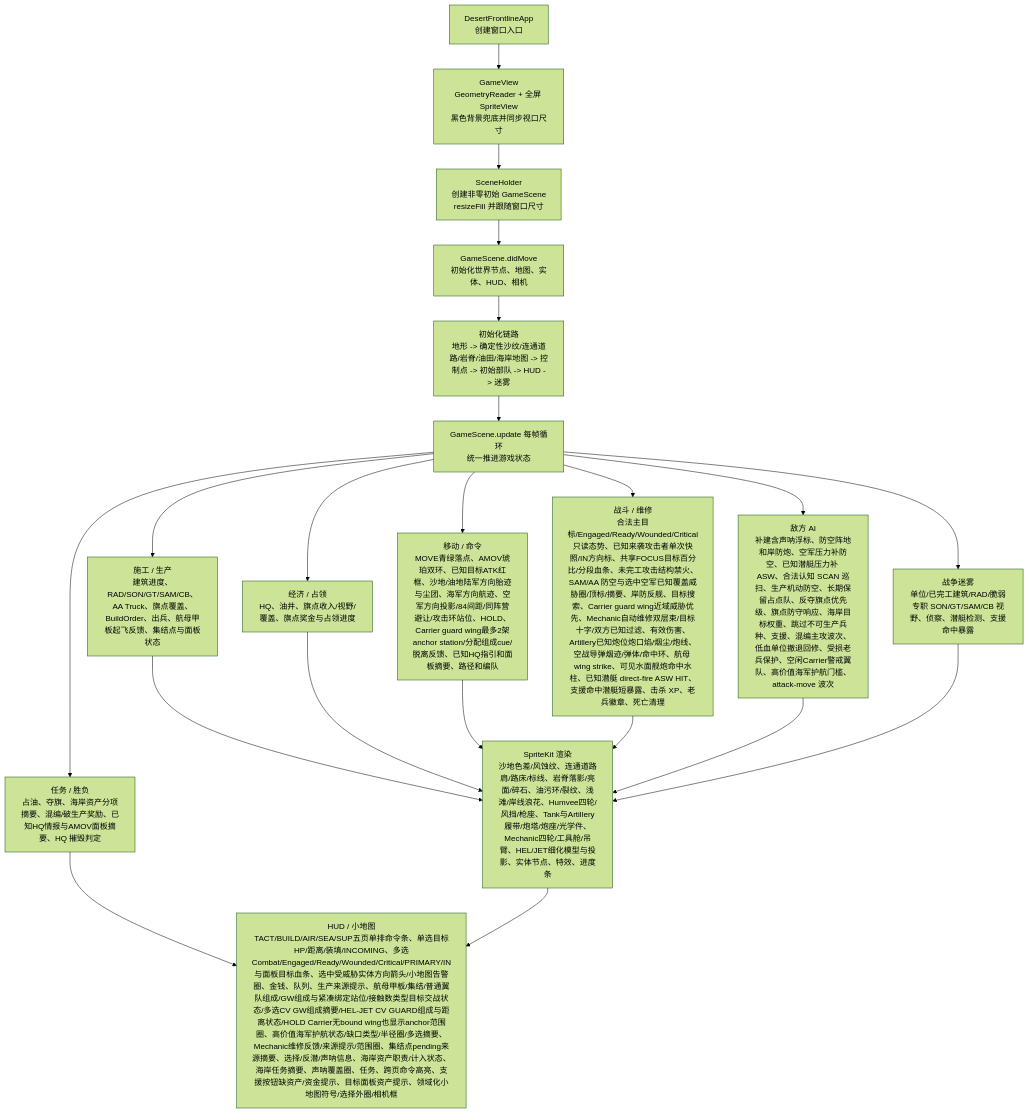
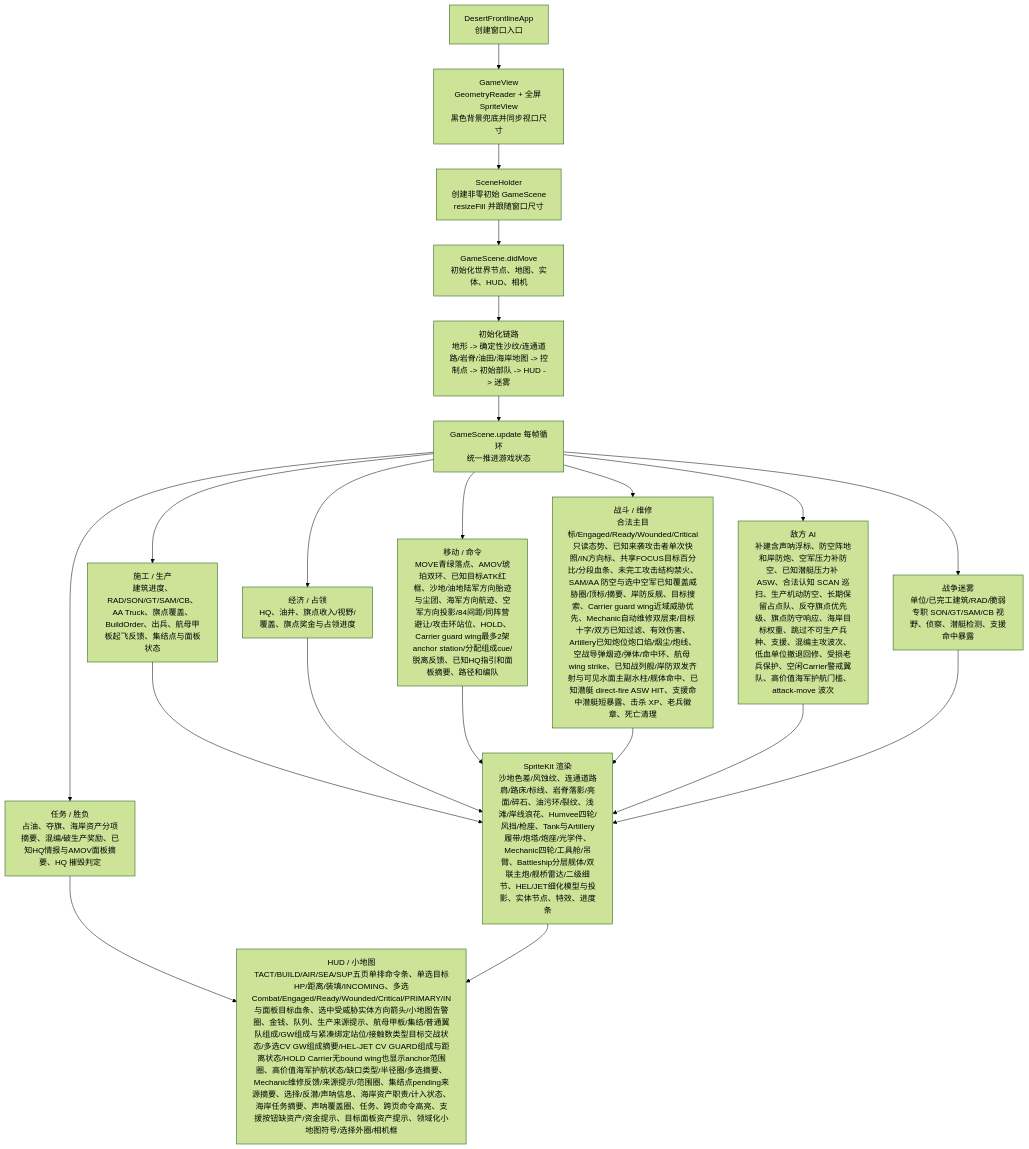
One commit to Altman-sam114/1145 changed the first of 3 diagrams in md/flow/flowchart.md. Above: the diagram before and after it, drawn with Mermaid (forest theme). The commit also changed 6 other files, not shown here.

````diff
--- a/md/flow/flowchart.md
+++ b/md/flow/flowchart.md
@@ -9,23 +9,23 @@
 ```mermaid
 flowchart TD
   App["DesertFrontlineApp\n创建窗口入口"] --> View["GameView\nGeometryReader + 全屏 SpriteView\n黑色背景兜底并同步视口尺寸"]
   View --> Holder["SceneHolder\n创建非零初始 GameScene\nresizeFill 并跟随窗口尺寸"]
   Holder --> Scene["GameScene.didMove\n初始化世界节点、地图、实体、HUD、相机"]
   Scene --> Init["初始化链路\n地形 -> 确定性沙纹/连通道路/岩脊/油田/海岸地图 -> 控制点 -> 初始部队 -> HUD -> 迷雾"]
   Init --> Loop["GameScene.update 每帧循环\n统一推进游戏状态"]
   Loop --> Build["施工 / 生产\n建筑进度、RAD/SON/GT/SAM/CB、AA Truck、旗点覆盖、BuildOrder、出兵、航母甲板起飞反馈、集结点与面板状态"]
   Loop --> Economy["经济 / 占领\nHQ、油井、旗点收入/视野/覆盖、旗点奖金与占领进度"]
   Loop --> Commands["移动 / 命令\nMOVE青绿落点、AMOV琥珀双环、已知目标ATK红框、沙地/油地陆军方向胎迹与尘团、海军方向航迹、空军方向投影/84间距/同阵营避让/攻击环站位、HOLD、Carrier guard wing最多2架anchor station/分配组成cue/脱离反馈、已知HQ指引和面板摘要、路径和编队"]
-  Loop --> Combat["战斗 / 维修\n合法主目标/Engaged/Ready/Wounded/Critical只读态势、已知来袭攻击者单次快照/IN方向标、共享FOCUS目标百分比/分段血条、未完工攻击结构禁火、SAM/AA 防空与选中空军已知覆盖威胁圈/顶标/摘要、岸防反舰、目标搜索、Carrier guard wing近域威胁优先、Mechanic自动维修双层束/目标十字/双方已知过滤、有效伤害、Artillery已知炮位炮口焰/烟尘/炮线、空战导弹烟迹/弹体/命中环、航母 wing strike、可见水面舰炮命中水柱、已知潜艇 direct-fire ASW HIT、支援命中潜艇短暴露、击杀 XP、老兵徽章、死亡清理"]
+  Loop --> Combat["战斗 / 维修\n合法主目标/Engaged/Ready/Wounded/Critical只读态势、已知来袭攻击者单次快照/IN方向标、共享FOCUS目标百分比/分段血条、未完工攻击结构禁火、SAM/AA 防空与选中空军已知覆盖威胁圈/顶标/摘要、岸防反舰、目标搜索、Carrier guard wing近域威胁优先、Mechanic自动维修双层束/目标十字/双方已知过滤、有效伤害、Artillery已知炮位炮口焰/烟尘/炮线、空战导弹烟迹/弹体/命中环、航母 wing strike、已知战列舰/岸防双发齐射与可见水面主副水柱/舰体命中、已知潜艇 direct-fire ASW HIT、支援命中潜艇短暴露、击杀 XP、老兵徽章、死亡清理"]
   Loop --> AI["敌方 AI\n补建含声呐浮标、防空阵地和岸防炮、空军压力补防空、已知潜艇压力补 ASW、合法认知 SCAN 巡扫、生产机动防空、长期保留占点队、反夺旗点优先级、旗点防守响应、海岸目标权重、跳过不可生产兵种、支援、混编主攻波次、低血单位撤退回修、受损老兵保护、空闲Carrier警戒翼队、高价值海军护航门槛、attack-move 波次"]
   Loop --> Fog["战争迷雾\n单位/已完工建筑/RAD/脆弱专职 SON/GT/SAM/CB 视野、侦察、潜艇检测、支援命中暴露"]
   Loop --> Mission["任务 / 胜负\n占油、夺旗、海岸资产分项摘要、混编/破生产奖励、已知HQ情报与AMOV面板摘要、HQ 摧毁判定"]
-  Build --> Render["SpriteKit 渲染\n沙地色差/风蚀纹、连通道路肩/路床/标线、岩脊落影/亮面/碎石、油污环/裂纹、浅滩/岸线浪花、Humvee四轮/风挡/枪座、Tank与Artillery履带/炮塔/炮座/光学件、Mechanic四轮/工具舱/吊臂、HEL/JET细化模型与投影、实体节点、特效、进度条"]
+  Build --> Render["SpriteKit 渲染\n沙地色差/风蚀纹、连通道路肩/路床/标线、岩脊落影/亮面/碎石、油污环/裂纹、浅滩/岸线浪花、Humvee四轮/风挡/枪座、Tank与Artillery履带/炮塔/炮座/光学件、Mechanic四轮/工具舱/吊臂、Battleship分层舰体/双联主炮/舰桥雷达/二级细节、HEL/JET细化模型与投影、实体节点、特效、进度条"]
   Economy --> Render
   Commands --> Render
   Combat --> Render
   AI --> Render
   Fog --> Render
   Mission --> HUD["HUD / 小地图\nTACT/BUILD/AIR/SEA/SUP五页单排命令条、单选目标HP/距离/装填/INCOMING、多选Combat/Engaged/Ready/Wounded/Critical/PRIMARY/IN与面板目标血条、选中受威胁实体方向箭头/小地图告警圈、金钱、队列、生产来源提示、航母甲板/集结/普通翼队组成/GW组成与紧凑绑定站位/接触数类型目标交战状态/多选CV GW组成摘要/HEL-JET CV GUARD组成与距离状态/HOLD Carrier无bound wing也显示anchor范围圈、高价值海军护航状态/缺口类型/半径圈/多选摘要、Mechanic维修反馈/来源提示/范围圈、集结点pending来源摘要、选择/反潜/声呐信息、海岸资产职责/计入状态、海岸任务摘要、声呐覆盖圈、任务、跨页命令高亮、支援按钮缺资产/资金提示、目标面板资产提示、领域化小地图符号/选择外圈/相机框"]
   Render --> HUD
 ```
````
